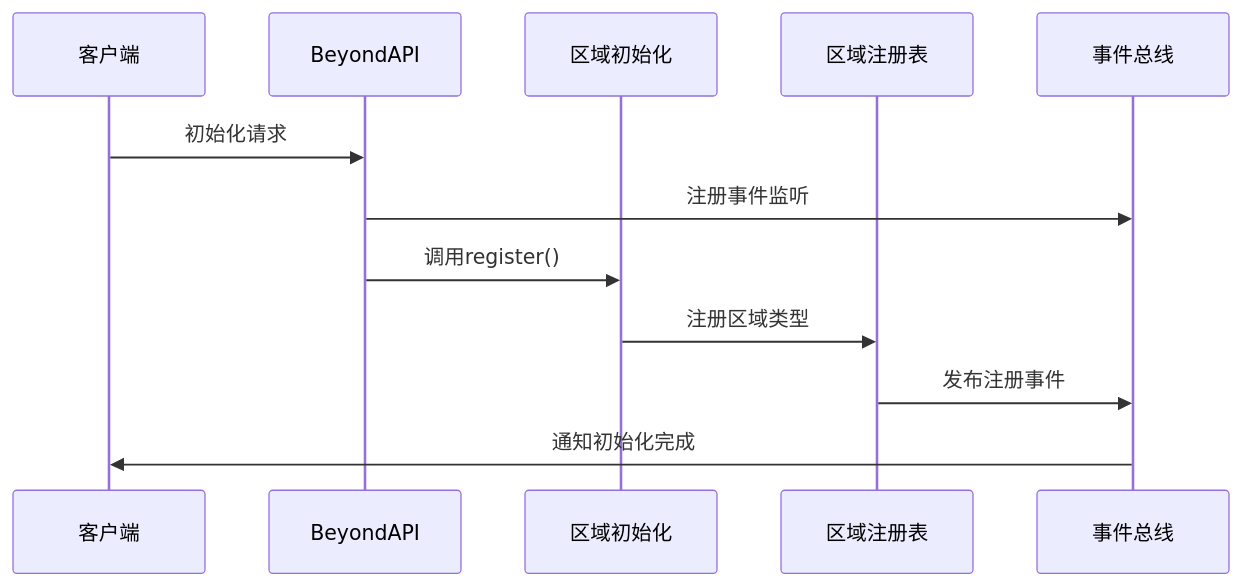
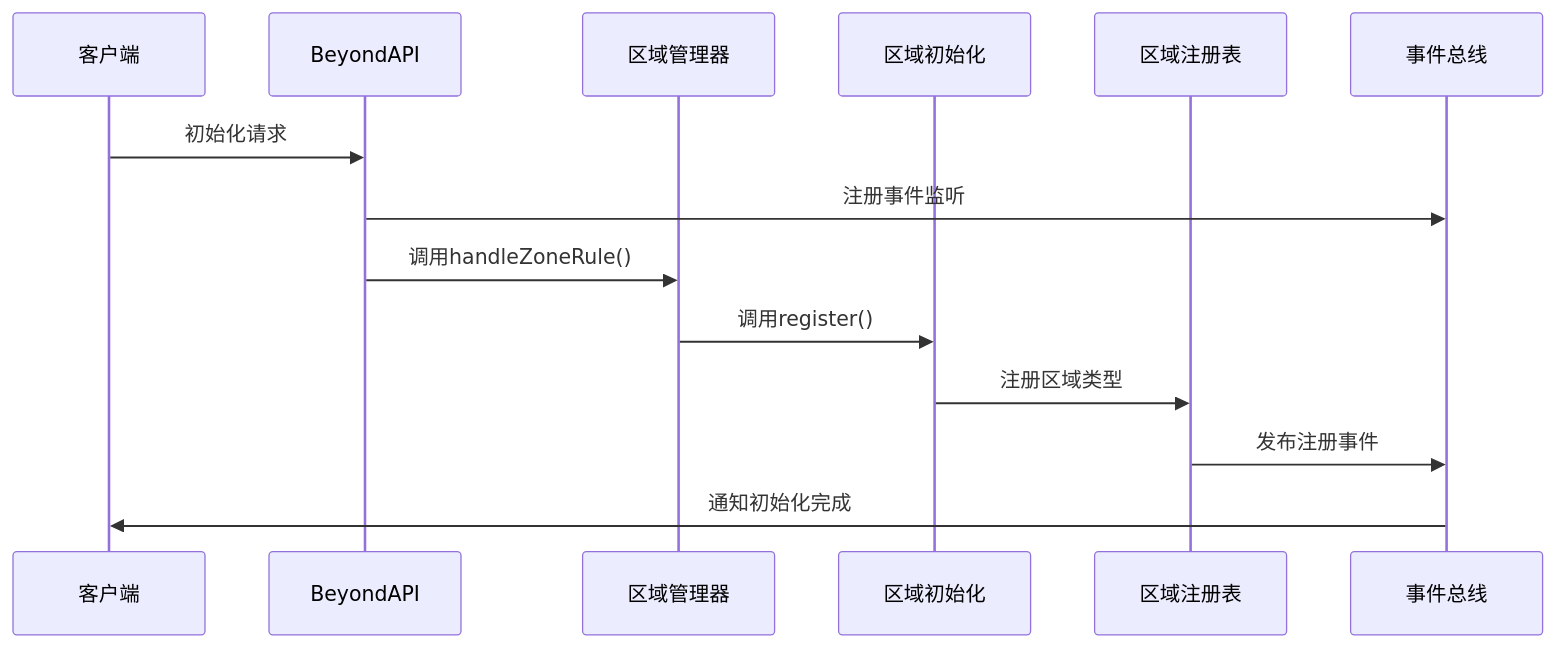
The sixth of 11 diagrams in .qoder/repowiki/zh/content/Zone Management System.md (Ver-shift/SubModulesGeneHunter), drawn with Mermaid before and after one commit. The commit also changed other lines of this file and 49 other files, not shown here.

````diff
--- a/.qoder/repowiki/zh/content/Zone Management System.md
+++ b/.qoder/repowiki/zh/content/Zone Management System.md
@@ -277,14 +364,16 @@
 ```mermaid
 sequenceDiagram
 participant Client as 客户端
 participant API as BeyondAPI
+participant ZoneManager as 区域管理器
 participant ZoneInit as 区域初始化
 participant ZoneRegistry as 区域注册表
 participant EventBus as 事件总线
 Client->>API : 初始化请求
 API->>EventBus : 注册事件监听
-API->>ZoneInit : 调用register()
+API->>ZoneManager : 调用handleZoneRule()
+ZoneManager->>ZoneInit : 调用register()
 ZoneInit->>ZoneRegistry : 注册区域类型
 ZoneRegistry->>EventBus : 发布注册事件
 EventBus->>Client : 通知初始化完成
 ```
````
